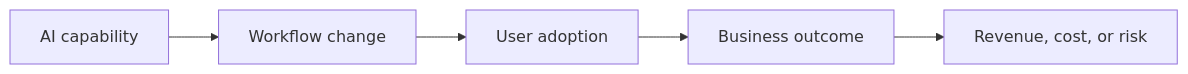
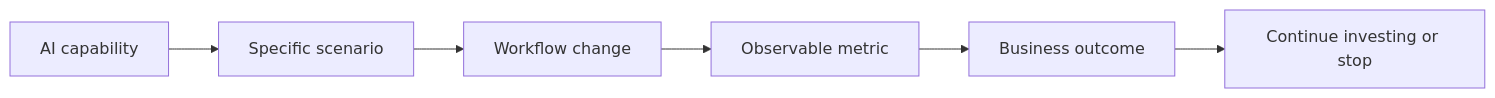
The diagram in src/content/consulting/2026/08/turning-ai-into-business-value/en.md (Liyuk/liyuk.github.io), drawn with Mermaid before and after one commit. The commit also changed other lines of this file and 1 other file, not shown here.

Commit message:
Finalize AI business value consultation draft

````diff
--- a/src/content/consulting/2026/08/turning-ai-into-business-value/en.md
+++ b/src/content/consulting/2026/08/turning-ai-into-business-value/en.md
@@ -72,5 +74,5 @@
 ```mermaid
 flowchart LR
-    A["AI capability"] --> B["Workflow change"] --> C["User adoption"] --> D["Business outcome"]
-    D --> E["Revenue, cost, or risk"]
+    A["AI capability"] --> B["Specific scenario"] --> C["Workflow change"] --> D["Observable metric"]
+    D --> E["Business outcome"] --> F["Continue investing or stop"]
 ```
````
